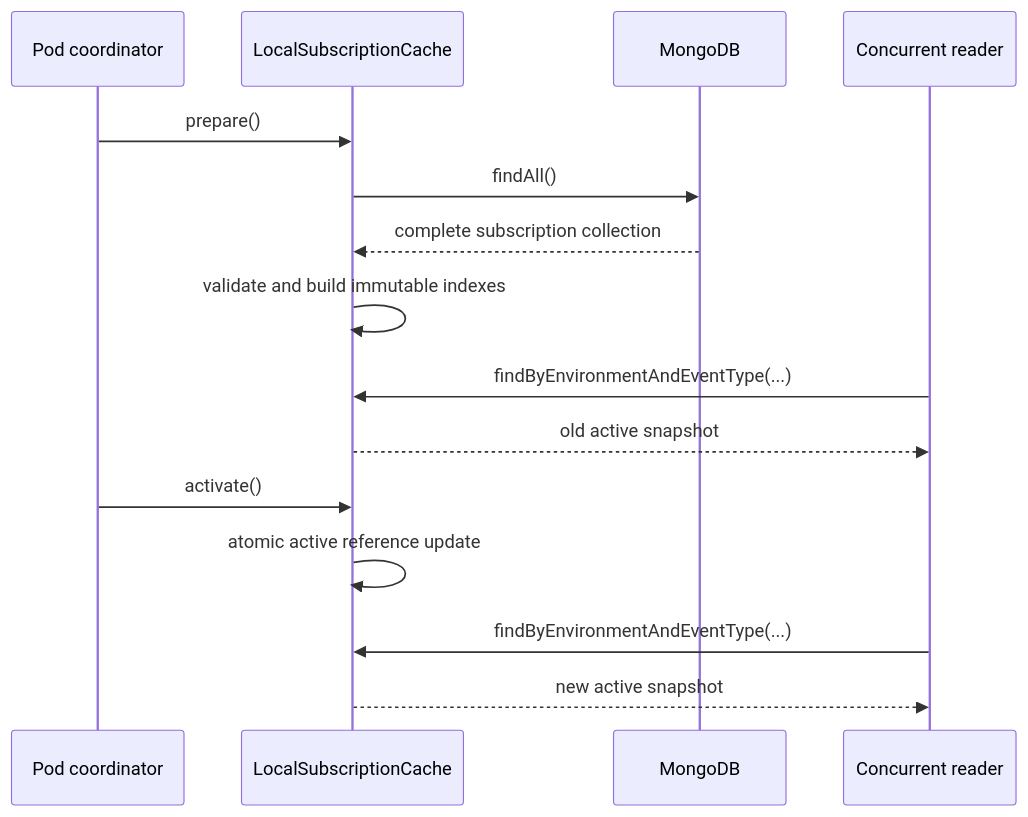
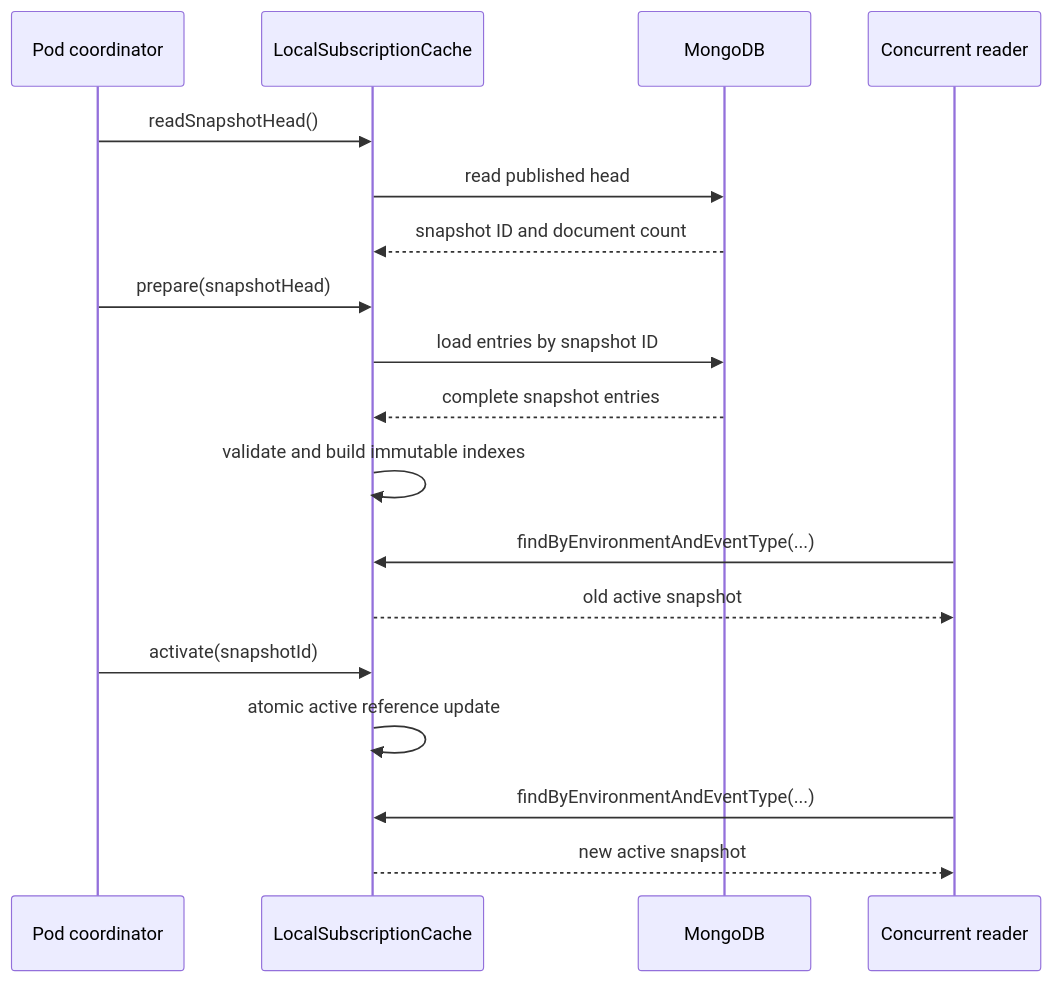
The second of 2 diagrams in docs/local-subscription-cache.md (telekom/pubsub-horizon-spring-parent), drawn with Mermaid before and after one commit. The commit also changed other lines of this file and 21 other files, not shown here.

First line of the commit message:
feat: finalize local subscription cache

````diff
--- a/docs/local-subscription-cache.md
+++ b/docs/local-subscription-cache.md
@@ -113,18 +112,21 @@
 ```mermaid
 sequenceDiagram
     participant Coordinator as Pod coordinator
     participant Cache as LocalSubscriptionCache
     participant Mongo as MongoDB
     participant Reader as Concurrent reader
 
-    Coordinator->>Cache: prepare()
-    Cache->>Mongo: findAll()
-    Mongo-->>Cache: complete subscription collection
+    Coordinator->>Cache: readSnapshotHead()
+    Cache->>Mongo: read published head
+    Mongo-->>Cache: snapshot ID and document count
+    Coordinator->>Cache: prepare(snapshotHead)
+    Cache->>Mongo: load entries by snapshot ID
+    Mongo-->>Cache: complete snapshot entries
     Cache->>Cache: validate and build immutable indexes
     Reader->>Cache: findByEnvironmentAndEventType(...)
     Cache-->>Reader: old active snapshot
-    Coordinator->>Cache: activate()
+    Coordinator->>Cache: activate(snapshotId)
     Cache->>Cache: atomic active reference update
     Reader->>Cache: findByEnvironmentAndEventType(...)
     Cache-->>Reader: new active snapshot
 ```
````
